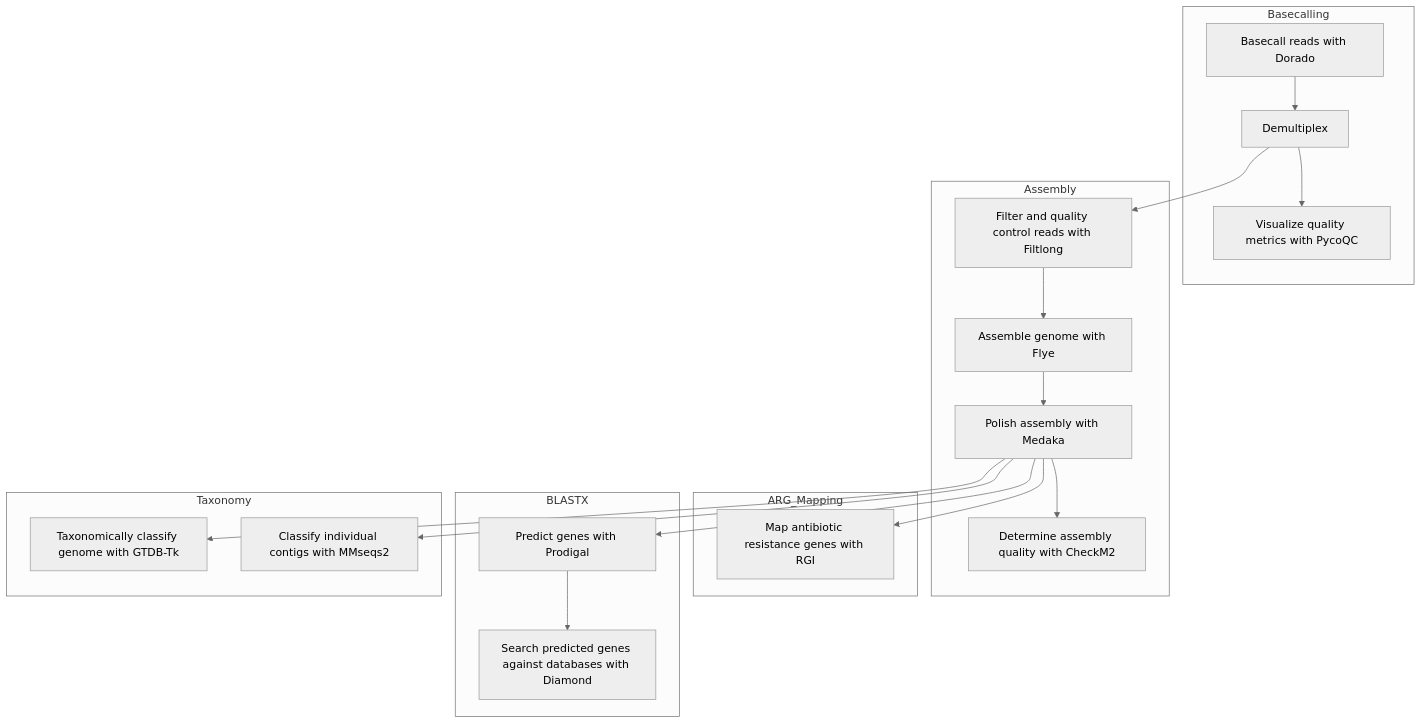
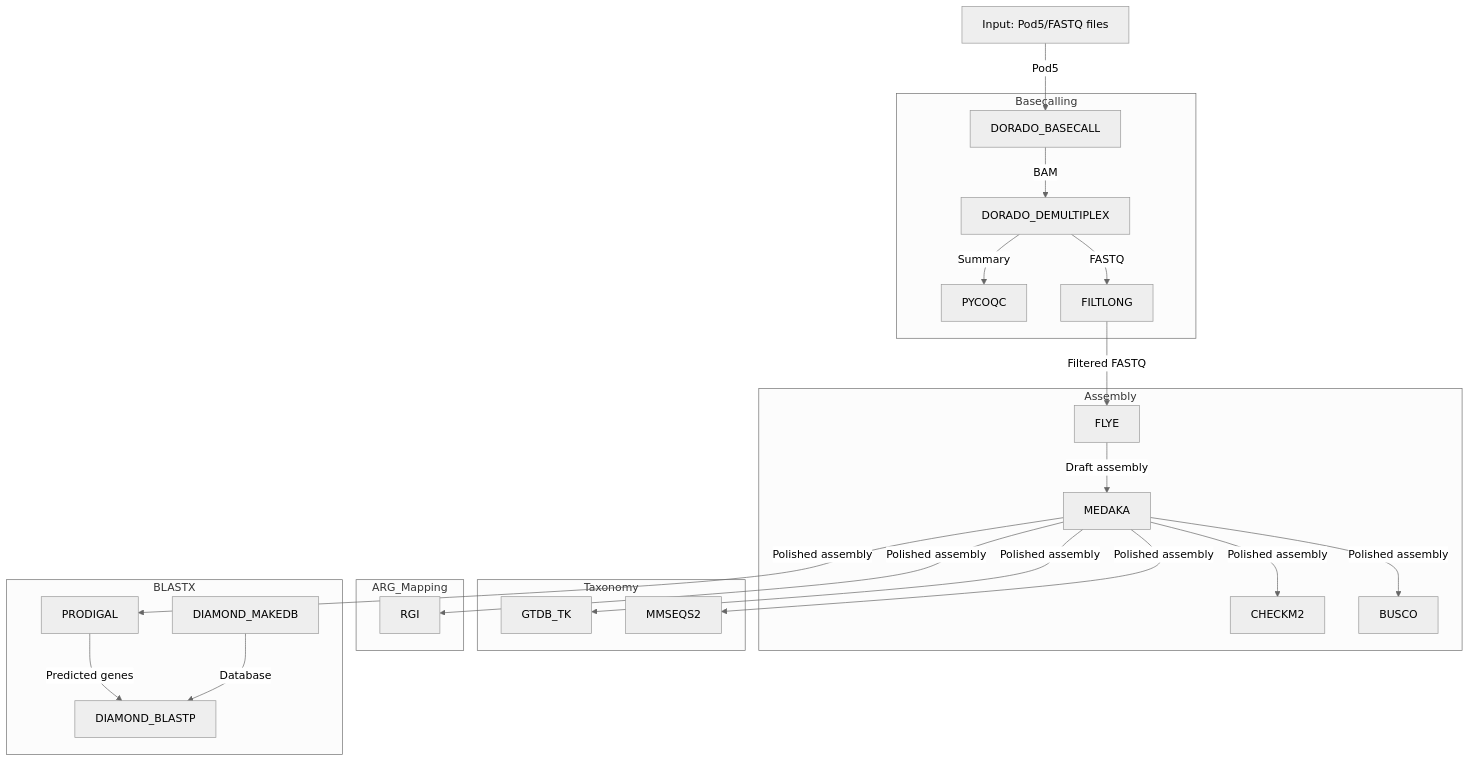
The diagram in README.qmd (mnyt-aqw/Ultra-Turbo-Pipeline), drawn with Mermaid (neutral theme) before and after one commit. The commit also changed other lines of this file, not shown here.

````diff
--- a/README.qmd
+++ b/README.qmd
@@ -105,42 +109,42 @@
 ```mermaid
 graph TD
-    C[Basecall reads with Dorado]
-    C --> D[Demultiplex]
-    D --> E[Filter and quality control reads with Filtlong]
-    D --> F[Visualize quality metrics with PycoQC]
-    E --> G[Assemble genome with Flye]
-    G --> H[Polish assembly with Medaka]
-    H --> I[Determine assembly quality with CheckM2]
-    H --> J[Map antibiotic resistance genes with RGI]
-    H --> K[Predict genes with Prodigal]
-    K --> L[Search predicted genes against databases with Diamond]
-    H --> M[Taxonomically classify genome with GTDB-Tk]
-    H --> N[Classify individual contigs with MMseqs2]
+    A[Input: Pod5/FASTQ files]
 
     subgraph Basecalling
-        C
-        D
-        F
+        B[DORADO_BASECALL]
+        B -->|BAM| C[DORADO_DEMULTIPLEX]
+        C -->|Summary| D[PYCOQC]
+        C -->|FASTQ| E[FILTLONG]
     end
 
     subgraph Assembly
-        E
-        G
-        H
-        I
+        F[FLYE]
+        F -->|Draft assembly| G[MEDAKA]
+        G -->|Polished assembly| H[CHECKM2]
+        G -->|Polished assembly| I[BUSCO]
+    end
+
+    subgraph Taxonomy
+        J[GTDB_TK]
+        K[MMSEQS2]
     end
 
     subgraph ARG_Mapping
-        J
+        L[RGI]
     end
 
     subgraph BLASTX
-        K
-        L
+        M[PRODIGAL]
+        N[DIAMOND_MAKEDB]
+        O[DIAMOND_BLASTP]
     end
 
-    subgraph Taxonomy
-        M
-        N
-    end
+    A -->|Pod5| B
+    E -->|Filtered FASTQ| F
+    G -->|Polished assembly| J
+    G -->|Polished assembly| K
+    G -->|Polished assembly| L
+    G -->|Polished assembly| M
+    M -->|Predicted genes| O
+    N -->|Database| O
 ```
````
